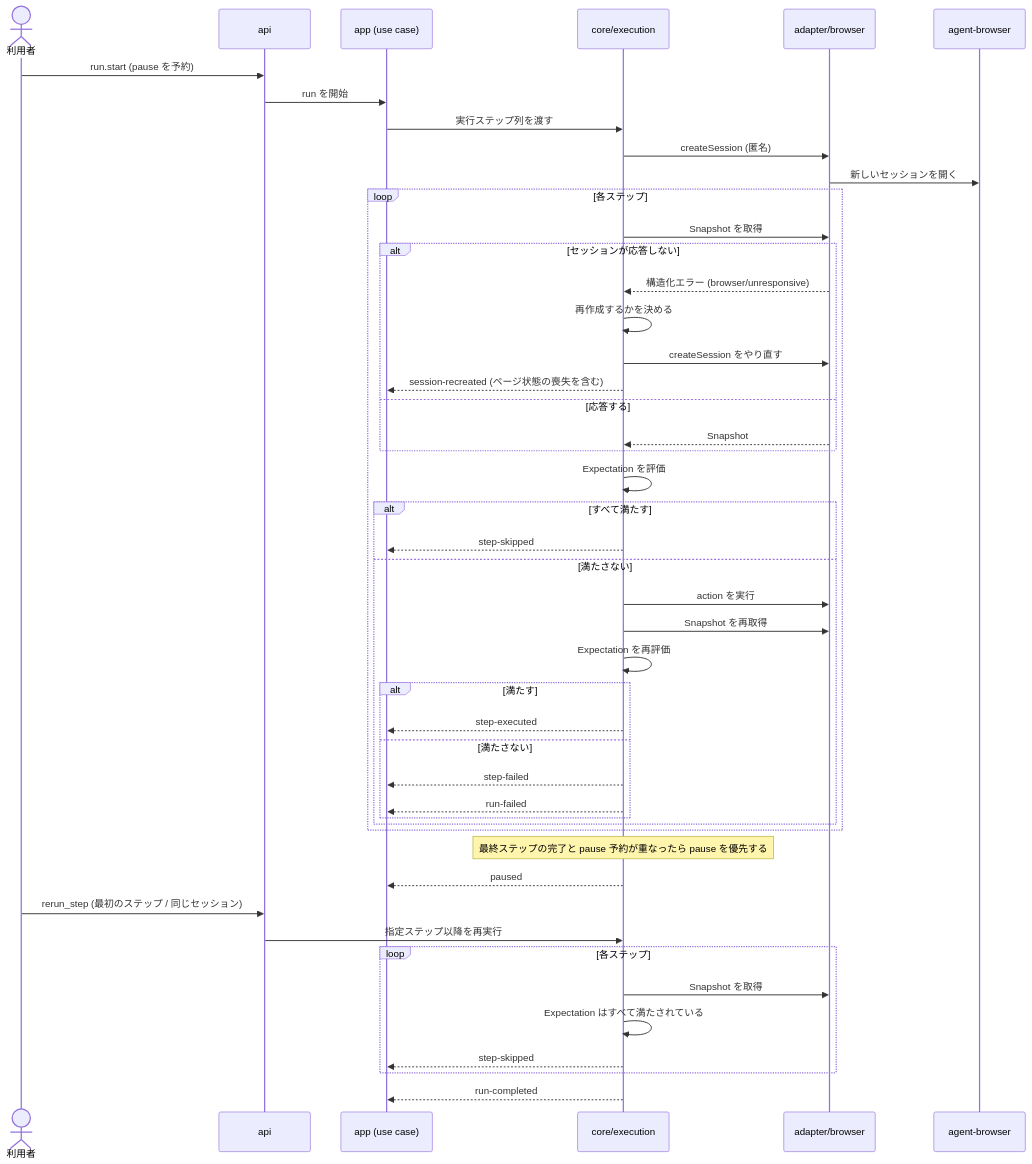
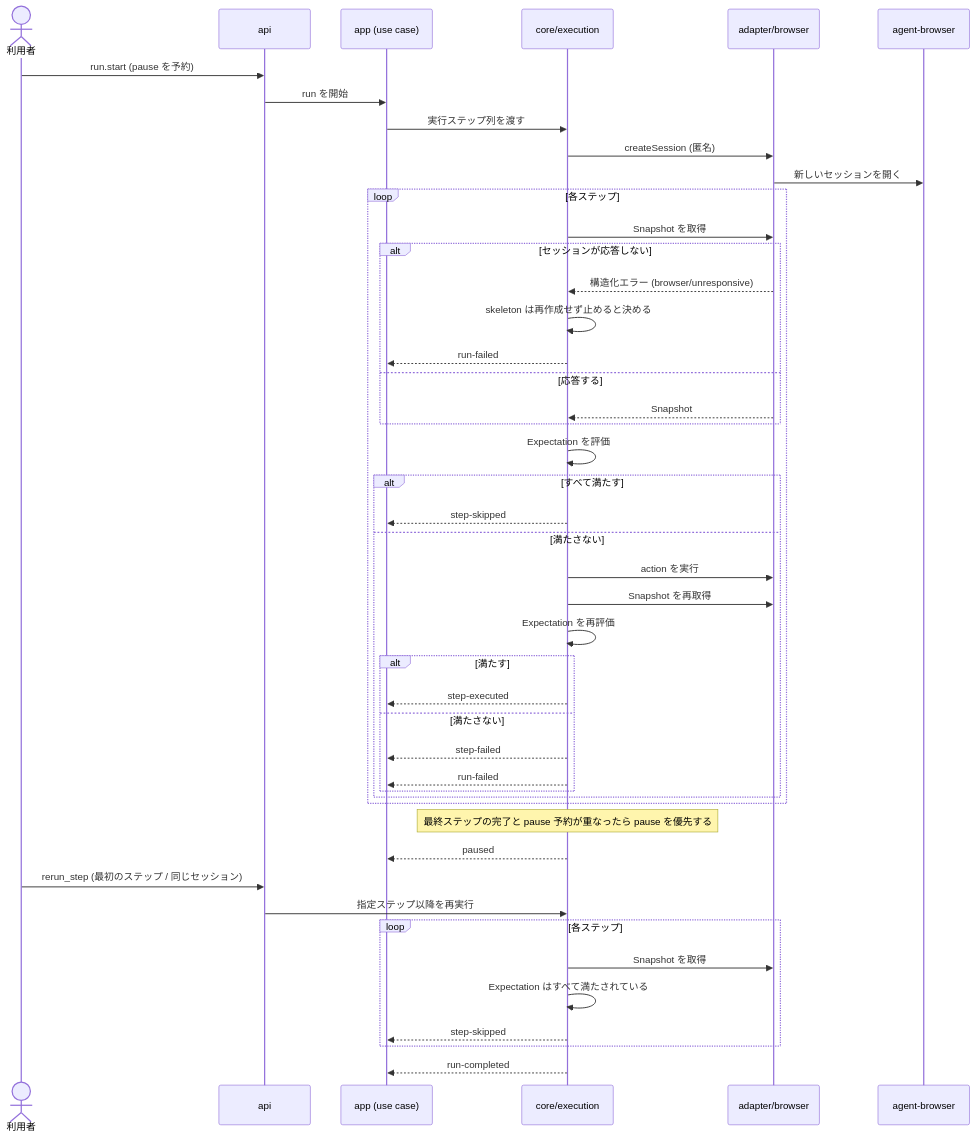
Before and after one commit to Fukuemon/screen-contract: the third of 3 diagrams in specs/4-walking-skeleton/index.md, drawn with Mermaid. The commit also changed other lines of this file and 1 other file, not shown here.

````diff
--- a/specs/4-walking-skeleton/index.md
+++ b/specs/4-walking-skeleton/index.md
@@ -558,50 +579,49 @@
 ```mermaid
 sequenceDiagram
     actor User as 利用者
     participant API as api
     participant App as app (use case)
     participant Exec as core/execution
     participant AB as adapter/browser
     participant Browser as agent-browser
 
     User->>API: run.start (pause を予約)
     API->>App: run を開始
     App->>Exec: 実行ステップ列を渡す
     Exec->>AB: createSession (匿名)
     AB->>Browser: 新しいセッションを開く
     loop 各ステップ
         Exec->>AB: Snapshot を取得
         alt セッションが応答しない
             AB-->>Exec: 構造化エラー (browser/unresponsive)
-            Exec->>Exec: 再作成するかを決める
-            Exec->>AB: createSession をやり直す
-            Exec-->>App: session-recreated (ページ状態の喪失を含む)
+            Exec->>Exec: skeleton は再作成せず止めると決める
+            Exec-->>App: run-failed
         else 応答する
             AB-->>Exec: Snapshot
         end
         Exec->>Exec: Expectation を評価
         alt すべて満たす
             Exec-->>App: step-skipped
         else 満たさない
             Exec->>AB: action を実行
             Exec->>AB: Snapshot を再取得
             Exec->>Exec: Expectation を再評価
             alt 満たす
                 Exec-->>App: step-executed
             else 満たさない
                 Exec-->>App: step-failed
                 Exec-->>App: run-failed
             end
         end
     end
     Note over Exec: 最終ステップの完了と pause 予約が重なったら pause を優先する
     Exec-->>App: paused
     User->>API: rerun_step (最初のステップ / 同じセッション)
     API->>Exec: 指定ステップ以降を再実行
     loop 各ステップ
         Exec->>AB: Snapshot を取得
         Exec->>Exec: Expectation はすべて満たされている
         Exec-->>App: step-skipped
     end
     Exec-->>App: run-completed
 ```
````
